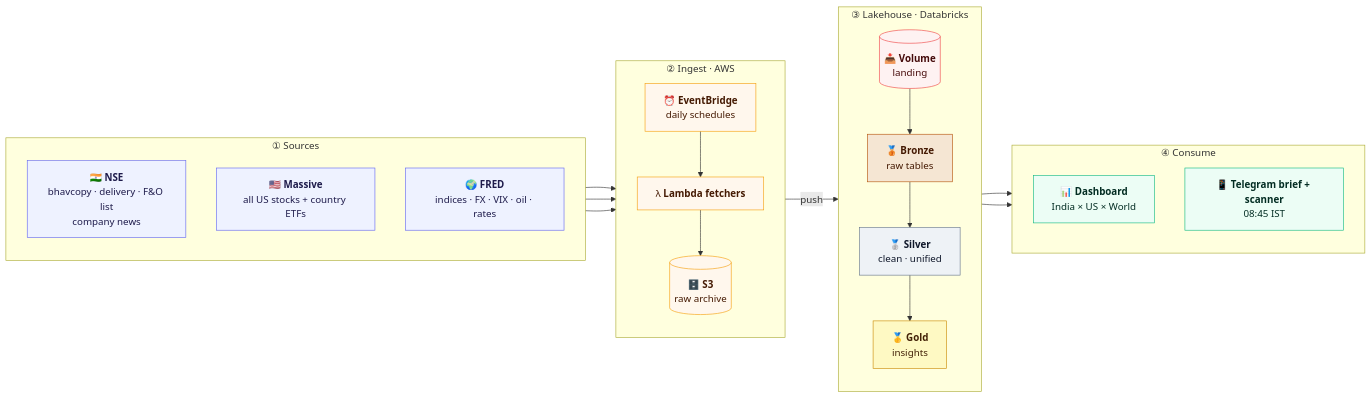
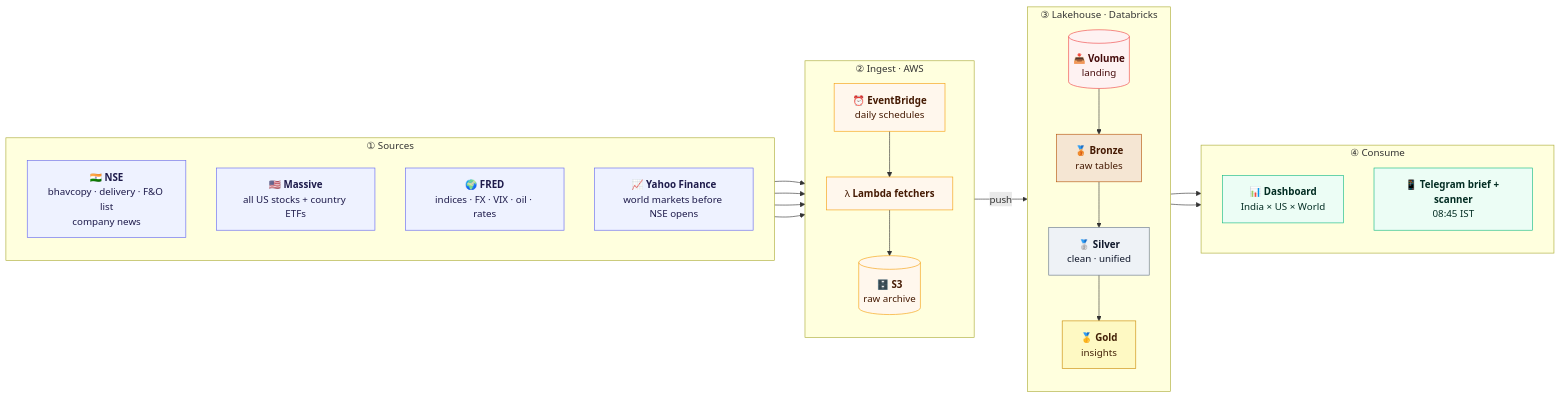
Before and after one commit to bumblebee26/stocks_lakehouse: the diagram in docs/diagrams/01_overview.mmd, drawn with Mermaid. The commit also changed 19 other files, not shown here.

```diff
--- a/docs/diagrams/01_overview.mmd
+++ b/docs/diagrams/01_overview.mmd
@@ -1,52 +1,54 @@
 flowchart LR
     subgraph S["① Sources"]
         direction TB
         NSE["🇮🇳 <b>NSE</b><br/>bhavcopy · delivery · F&amp;O list<br/>company news"]
         MAS["🇺🇸 <b>Massive</b><br/>all US stocks + country ETFs"]
         FRED["🌍 <b>FRED</b><br/>indices · FX · VIX · oil · rates"]
+        YF["📈 <b>Yahoo Finance</b><br/>world markets before NSE opens"]
     end
 
     subgraph I["② Ingest · AWS"]
         direction TB
         SCH["⏰ <b>EventBridge</b><br/>daily schedules"]
         LAM["λ <b>Lambda fetchers</b>"]
         S3[("🗄️ <b>S3</b><br/>raw archive")]
         SCH --> LAM --> S3
     end
 
     subgraph L["③ Lakehouse · Databricks"]
         direction TB
         VOL[("📥 <b>Volume</b><br/>landing")]
         BR["🥉 <b>Bronze</b><br/>raw tables"]
         SI["🥈 <b>Silver</b><br/>clean · unified"]
         GO["🥇 <b>Gold</b><br/>insights"]
         VOL --> BR --> SI --> GO
     end
 
     subgraph O["④ Consume"]
         direction TB
         DASH["📊 <b>Dashboard</b><br/>India × US × World"]
         TG["📱 <b>Telegram brief + scanner</b><br/>08:45 IST"]
     end
 
     NSE --> LAM
     MAS --> LAM
     FRED --> LAM
+    YF --> LAM
     LAM -- "push" --> VOL
     GO --> DASH
     GO --> TG
 
     classDef src fill:#eef2ff,stroke:#6366f1,color:#1e1b4b
     classDef aws fill:#fff7ed,stroke:#f59e0b,color:#451a03
     classDef dbx fill:#fef2f2,stroke:#ef4444,color:#450a0a
     classDef bronze fill:#f5e6d3,stroke:#b45309,color:#451a03
     classDef silver fill:#eef2f6,stroke:#64748b,color:#0f172a
     classDef gold fill:#fef9c3,stroke:#ca8a04,color:#422006
     classDef out fill:#ecfdf5,stroke:#10b981,color:#022c22
-    class NSE,MAS,FRED src
+    class NSE,MAS,FRED,YF src
     class SCH,LAM,S3 aws
     class VOL dbx
     class BR bronze
     class SI silver
     class GO gold
     class DASH,TG out
```
